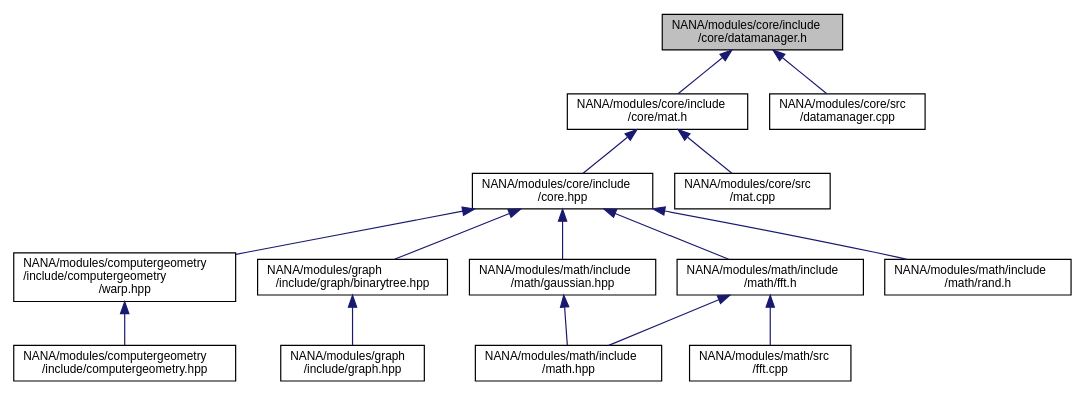
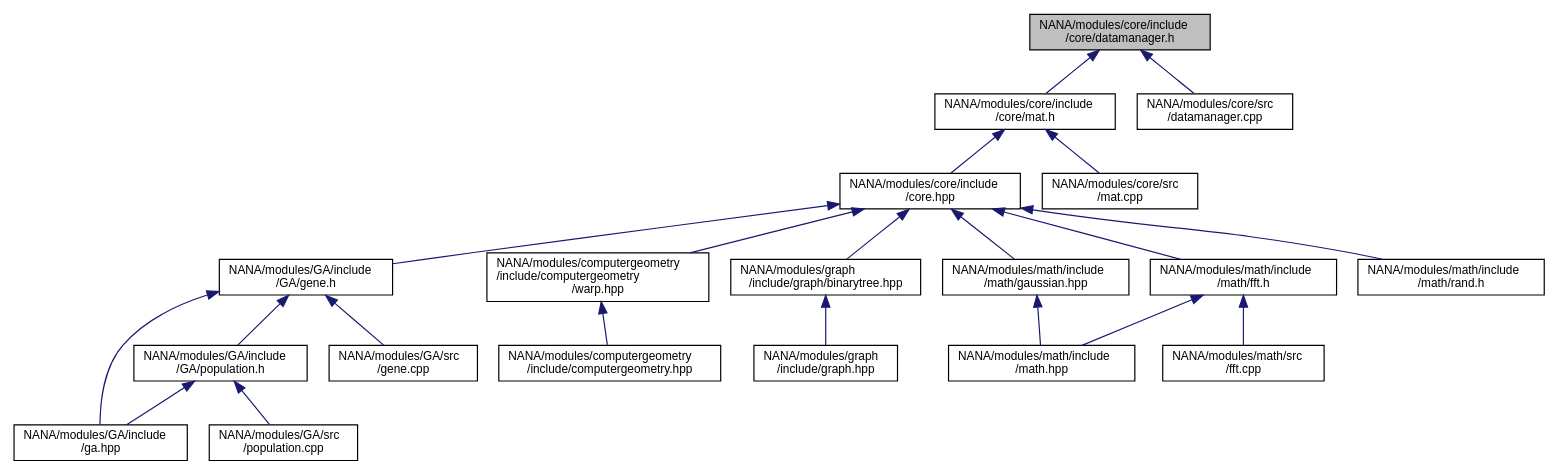
Before and after one commit to YuruTu/NANA: the diagram in docs/datamanager_8h__dep__incl.dot, drawn with Graphviz. The commit also changed 141 other files, not shown here.

```diff
--- a/docs/datamanager_8h__dep__incl.dot
+++ b/docs/datamanager_8h__dep__incl.dot
@@ -1,34 +1,45 @@
 digraph "NANA/modules/core/include/core/datamanager.h"
 {
  // LATEX_PDF_SIZE
   edge [fontname="Helvetica",fontsize="10",labelfontname="Helvetica",labelfontsize="10"];
   node [fontname="Helvetica",fontsize="10",shape=record];
   Node1 [label="NANA/modules/core/include\l/core/datamanager.h",height=0.2,width=0.4,color="black", fillcolor="grey75", style="filled", fontcolor="black",tooltip="实现一个数据管理器"];
   Node1 -> Node2 [dir="back",color="midnightblue",fontsize="10",style="solid",fontname="Helvetica"];
   Node2 [label="NANA/modules/core/include\l/core/mat.h",height=0.2,width=0.4,color="black", fillcolor="white", style="filled",URL="$mat_8h.html",tooltip="实现一个用于矩阵运算的模板类(仍在实现当中)"];
   Node2 -> Node3 [dir="back",color="midnightblue",fontsize="10",style="solid",fontname="Helvetica"];
   Node3 [label="NANA/modules/core/include\l/core.hpp",height=0.2,width=0.4,color="black", fillcolor="white", style="filled",URL="$core_8hpp.html",tooltip="包含基本的数据结构等"];
   Node3 -> Node4 [dir="back",color="midnightblue",fontsize="10",style="solid",fontname="Helvetica"];
-  Node4 [label="NANA/modules/computergeometry\l/include/computergeometry\l/warp.hpp",height=0.2,width=0.4,color="black", fillcolor="white", style="filled",URL="$warp_8hpp.html",tooltip="实现点集的仿射变换和透视变换"];
+  Node4 [label="NANA/modules/GA/include\l/GA/gene.h",height=0.2,width=0.4,color="black", fillcolor="white", style="filled",URL="$gene_8h.html",tooltip="实现基因的运算"];
   Node4 -> Node5 [dir="back",color="midnightblue",fontsize="10",style="solid",fontname="Helvetica"];
-  Node5 [label="NANA/modules/computergeometry\l/include/computergeometry.hpp",height=0.2,width=0.4,color="black", fillcolor="white", style="filled",URL="$computergeometry_8hpp.html",tooltip="实现计算机几何的相关功能"];
-  Node3 -> Node6 [dir="back",color="midnightblue",fontsize="10",style="solid",fontname="Helvetica"];
-  Node6 [label="NANA/modules/graph\l/include/graph/binarytree.hpp",height=0.2,width=0.4,color="black", fillcolor="white", style="filled",URL="$binarytree_8hpp.html",tooltip="实现二叉树的模板"];
-  Node6 -> Node7 [dir="back",color="midnightblue",fontsize="10",style="solid",fontname="Helvetica"];
-  Node7 [label="NANA/modules/graph\l/include/graph.hpp",height=0.2,width=0.4,color="black", fillcolor="white", style="filled",URL="$graph_8hpp.html",tooltip="实现图论相关算法"];
-  Node3 -> Node8 [dir="back",color="midnightblue",fontsize="10",style="solid",fontname="Helvetica"];
-  Node8 [label="NANA/modules/math/include\l/math/fft.h",height=0.2,width=0.4,color="black", fillcolor="white", style="filled",URL="$fft_8h.html",tooltip="实现傅里叶变换相关算法"];
-  Node8 -> Node9 [dir="back",color="midnightblue",fontsize="10",style="solid",fontname="Helvetica"];
-  Node9 [label="NANA/modules/math/include\l/math.hpp",height=0.2,width=0.4,color="black", fillcolor="white", style="filled",URL="$math_8hpp.html",tooltip="实现基本的数学运算"];
-  Node8 -> Node10 [dir="back",color="midnightblue",fontsize="10",style="solid",fontname="Helvetica"];
-  Node10 [label="NANA/modules/math/src\l/fft.cpp",height=0.2,width=0.4,color="black", fillcolor="white", style="filled",URL="$fft_8cpp_source.html",tooltip=" "];
+  Node5 [label="NANA/modules/GA/include\l/GA/population.h",height=0.2,width=0.4,color="black", fillcolor="white", style="filled",URL="$population_8h_source.html",tooltip=" "];
+  Node5 -> Node6 [dir="back",color="midnightblue",fontsize="10",style="solid",fontname="Helvetica"];
+  Node6 [label="NANA/modules/GA/include\l/ga.hpp",height=0.2,width=0.4,color="black", fillcolor="white", style="filled",URL="$ga_8hpp_source.html",tooltip=" "];
+  Node5 -> Node7 [dir="back",color="midnightblue",fontsize="10",style="solid",fontname="Helvetica"];
+  Node7 [label="NANA/modules/GA/src\l/population.cpp",height=0.2,width=0.4,color="black", fillcolor="white", style="filled",URL="$population_8cpp_source.html",tooltip=" "];
+  Node4 -> Node6 [dir="back",color="midnightblue",fontsize="10",style="solid",fontname="Helvetica"];
+  Node4 -> Node8 [dir="back",color="midnightblue",fontsize="10",style="solid",fontname="Helvetica"];
+  Node8 [label="NANA/modules/GA/src\l/gene.cpp",height=0.2,width=0.4,color="black", fillcolor="white", style="filled",URL="$gene_8cpp_source.html",tooltip=" "];
+  Node3 -> Node9 [dir="back",color="midnightblue",fontsize="10",style="solid",fontname="Helvetica"];
+  Node9 [label="NANA/modules/computergeometry\l/include/computergeometry\l/warp.hpp",height=0.2,width=0.4,color="black", fillcolor="white", style="filled",URL="$warp_8hpp.html",tooltip="实现点集的仿射变换和透视变换"];
+  Node9 -> Node10 [dir="back",color="midnightblue",fontsize="10",style="solid",fontname="Helvetica"];
+  Node10 [label="NANA/modules/computergeometry\l/include/computergeometry.hpp",height=0.2,width=0.4,color="black", fillcolor="white", style="filled",URL="$computergeometry_8hpp.html",tooltip="实现计算机几何的相关功能"];
   Node3 -> Node11 [dir="back",color="midnightblue",fontsize="10",style="solid",fontname="Helvetica"];
-  Node11 [label="NANA/modules/math/include\l/math/gaussian.hpp",height=0.2,width=0.4,color="black", fillcolor="white", style="filled",URL="$gaussian_8hpp.html",tooltip="实现高斯相关的算法"];
-  Node11 -> Node9 [dir="back",color="midnightblue",fontsize="10",style="solid",fontname="Helvetica"];
-  Node3 -> Node12 [dir="back",color="midnightblue",fontsize="10",style="solid",fontname="Helvetica"];
-  Node12 [label="NANA/modules/math/include\l/math/rand.h",height=0.2,width=0.4,color="black", fillcolor="white", style="filled",URL="$rand_8h_source.html",tooltip=" "];
-  Node2 -> Node13 [dir="back",color="midnightblue",fontsize="10",style="solid",fontname="Helvetica"];
-  Node13 [label="NANA/modules/core/src\l/mat.cpp",height=0.2,width=0.4,color="black", fillcolor="white", style="filled",URL="$mat_8cpp.html",tooltip="实现Mat的相关功能"];
-  Node1 -> Node14 [dir="back",color="midnightblue",fontsize="10",style="solid",fontname="Helvetica"];
-  Node14 [label="NANA/modules/core/src\l/datamanager.cpp",height=0.2,width=0.4,color="black", fillcolor="white", style="filled",URL="$datamanager_8cpp_source.html",tooltip=" "];
+  Node11 [label="NANA/modules/graph\l/include/graph/binarytree.hpp",height=0.2,width=0.4,color="black", fillcolor="white", style="filled",URL="$binarytree_8hpp.html",tooltip="实现二叉树的模板"];
+  Node11 -> Node12 [dir="back",color="midnightblue",fontsize="10",style="solid",fontname="Helvetica"];
+  Node12 [label="NANA/modules/graph\l/include/graph.hpp",height=0.2,width=0.4,color="black", fillcolor="white", style="filled",URL="$graph_8hpp.html",tooltip="实现图论相关算法"];
+  Node3 -> Node13 [dir="back",color="midnightblue",fontsize="10",style="solid",fontname="Helvetica"];
+  Node13 [label="NANA/modules/math/include\l/math/fft.h",height=0.2,width=0.4,color="black", fillcolor="white", style="filled",URL="$fft_8h.html",tooltip="实现傅里叶变换相关算法"];
+  Node13 -> Node14 [dir="back",color="midnightblue",fontsize="10",style="solid",fontname="Helvetica"];
+  Node14 [label="NANA/modules/math/include\l/math.hpp",height=0.2,width=0.4,color="black", fillcolor="white", style="filled",URL="$math_8hpp.html",tooltip="实现基本的数学运算"];
+  Node13 -> Node15 [dir="back",color="midnightblue",fontsize="10",style="solid",fontname="Helvetica"];
+  Node15 [label="NANA/modules/math/src\l/fft.cpp",height=0.2,width=0.4,color="black", fillcolor="white", style="filled",URL="$fft_8cpp_source.html",tooltip=" "];
+  Node3 -> Node16 [dir="back",color="midnightblue",fontsize="10",style="solid",fontname="Helvetica"];
+  Node16 [label="NANA/modules/math/include\l/math/gaussian.hpp",height=0.2,width=0.4,color="black", fillcolor="white", style="filled",URL="$gaussian_8hpp.html",tooltip="实现高斯相关的算法"];
+  Node16 -> Node14 [dir="back",color="midnightblue",fontsize="10",style="solid",fontname="Helvetica"];
+  Node3 -> Node17 [dir="back",color="midnightblue",fontsize="10",style="solid",fontname="Helvetica"];
+  Node17 [label="NANA/modules/math/include\l/math/rand.h",height=0.2,width=0.4,color="black", fillcolor="white", style="filled",URL="$rand_8h_source.html",tooltip=" "];
+  Node2 -> Node18 [dir="back",color="midnightblue",fontsize="10",style="solid",fontname="Helvetica"];
+  Node18 [label="NANA/modules/core/src\l/mat.cpp",height=0.2,width=0.4,color="black", fillcolor="white", style="filled",URL="$mat_8cpp.html",tooltip="实现Mat的相关功能"];
+  Node1 -> Node19 [dir="back",color="midnightblue",fontsize="10",style="solid",fontname="Helvetica"];
+  Node19 [label="NANA/modules/core/src\l/datamanager.cpp",height=0.2,width=0.4,color="black", fillcolor="white", style="filled",URL="$datamanager_8cpp_source.html",tooltip=" "];
 }
```
